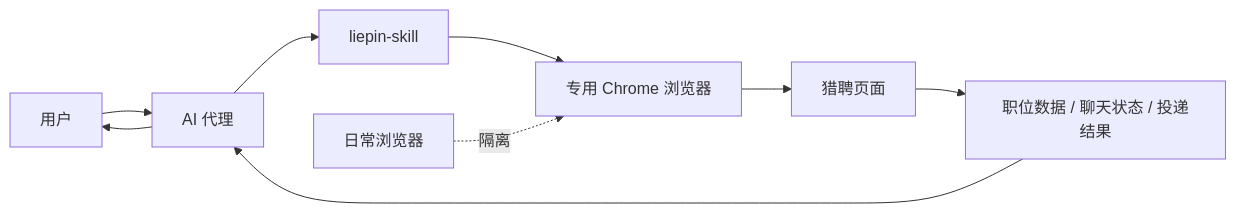
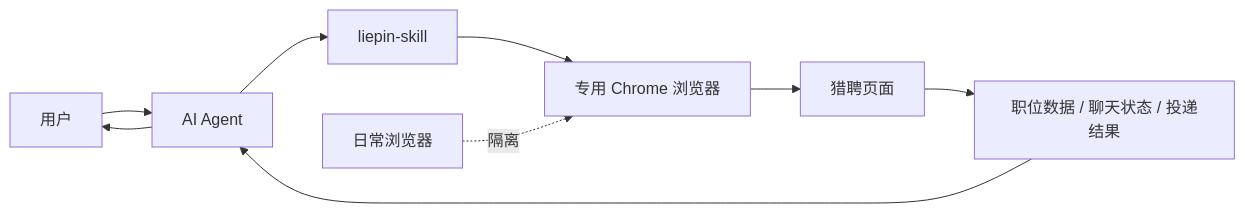
One commit to NOime22/liepin-skill changed the diagram in README.md. Above: the diagram before and after it, drawn with Mermaid. The commit also changed other lines of this file, not shown here.

````diff
--- a/README.md
+++ b/README.md
@@ -9,11 +9,11 @@
 ```mermaid
 flowchart LR
-    U["用户"] --> A["AI 代理"]
+    U["用户"] --> A["AI Agent"]
     A --> S["liepin-skill"]
     S --> C["专用 Chrome 浏览器"]
     C --> L["猎聘页面"]
     L --> R["职位数据 / 聊天状态 / 投递结果"]
     R --> A
     A --> U
     D["日常浏览器"] -.隔离.-> C
 ```
````
